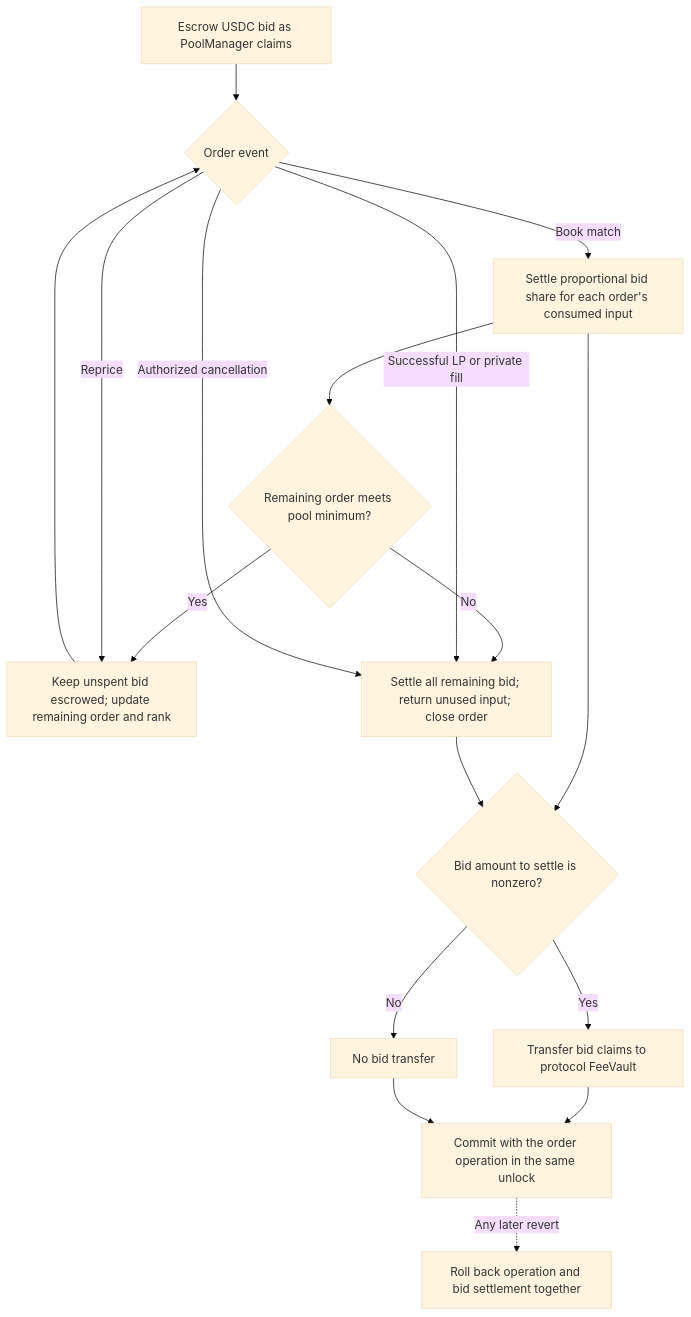
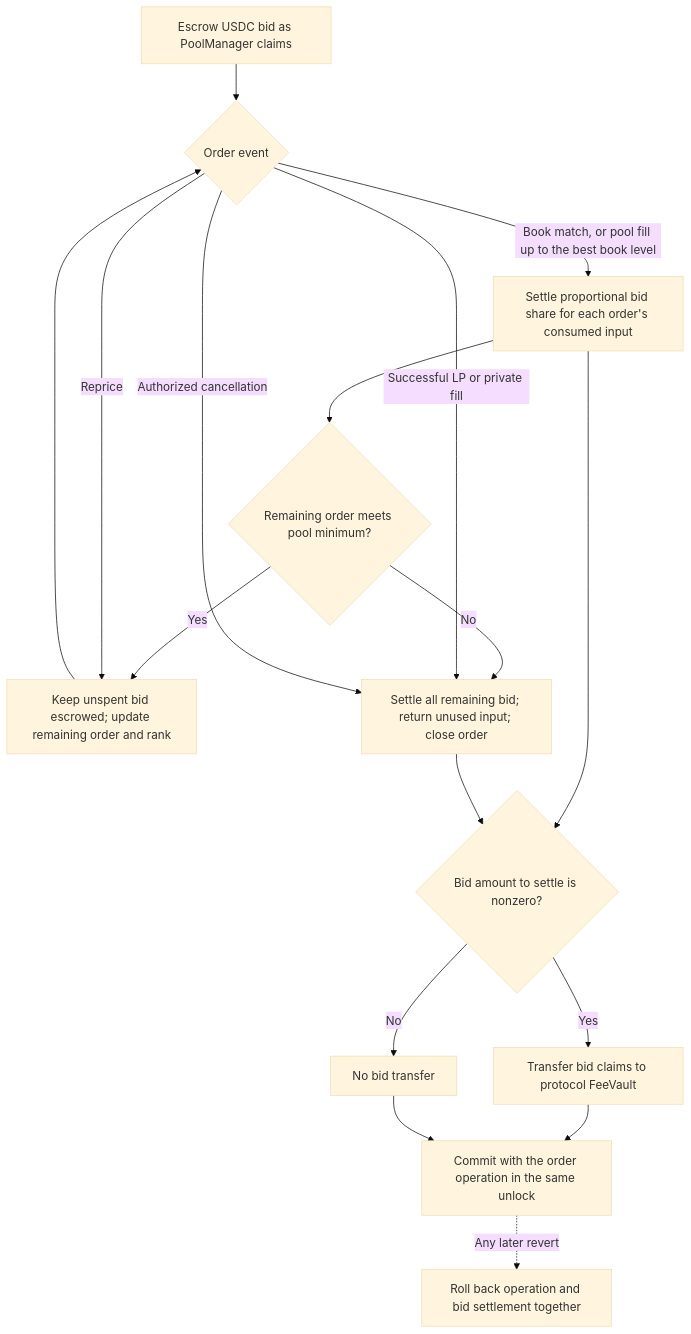
One commit to asyncswap/contracts changed the second of 2 diagrams in docs/order-lifecycle.md. Above: the diagram before and after it, drawn with Mermaid (base theme). The commit also changed other lines of this file and 43 other files, not shown here.

````diff
--- a/docs/order-lifecycle.md
+++ b/docs/order-lifecycle.md
@@ -48,19 +49,19 @@
 ```mermaid
 flowchart TD
     A["Escrow USDC bid as PoolManager claims"] --> B{"Order event"}
-    B -- "Book match" --> C["Settle proportional bid share for each order's consumed input"]
+    B -- "Book match, or pool fill up to the best book level" --> C["Settle proportional bid share for each order's consumed input"]
     C --> D{"Remaining order meets pool minimum?"}
     D -- "Yes" --> E["Keep unspent bid escrowed; update remaining order and rank"]
     E --> B
     D -- "No" --> F["Settle all remaining bid; return unused input; close order"]
     B -- "Successful LP or private fill" --> F
     B -- "Authorized cancellation" --> F
     B -- "Reprice" --> E
     C --> G{"Bid amount to settle is nonzero?"}
     F --> G
     G -- "No" --> H["No bid transfer"]
     G -- "Yes" --> K["Transfer bid claims to protocol FeeVault"]
     K --> L["Commit with the order operation in the same unlock"]
     H --> L
     L -. "Any later revert" .-> M["Roll back operation and bid settlement together"]
 ```
````
